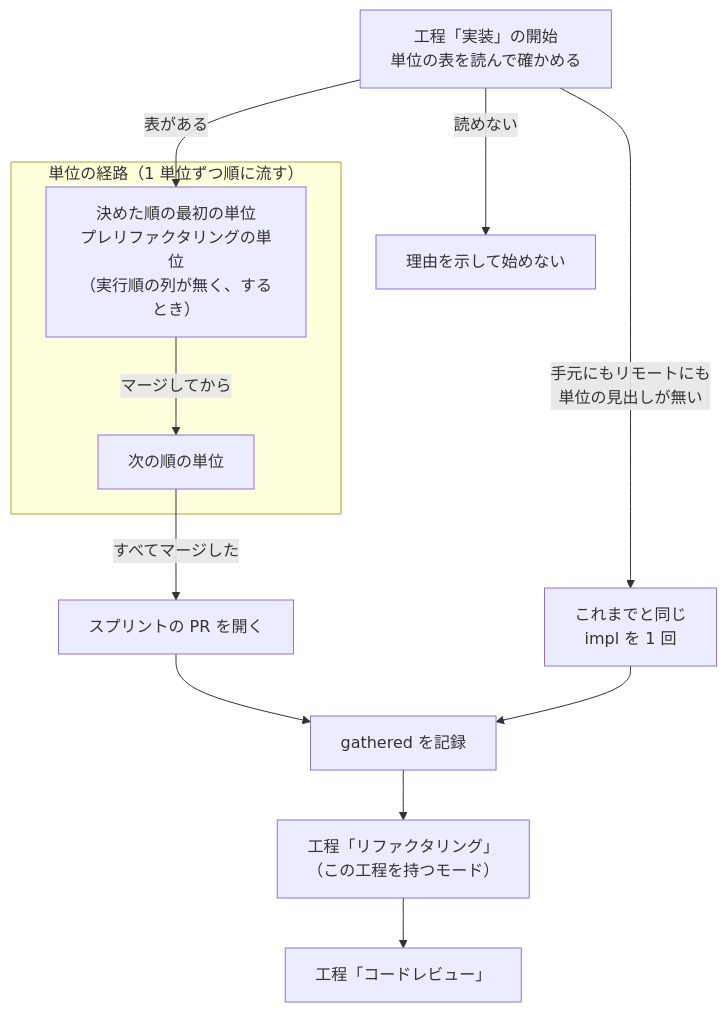
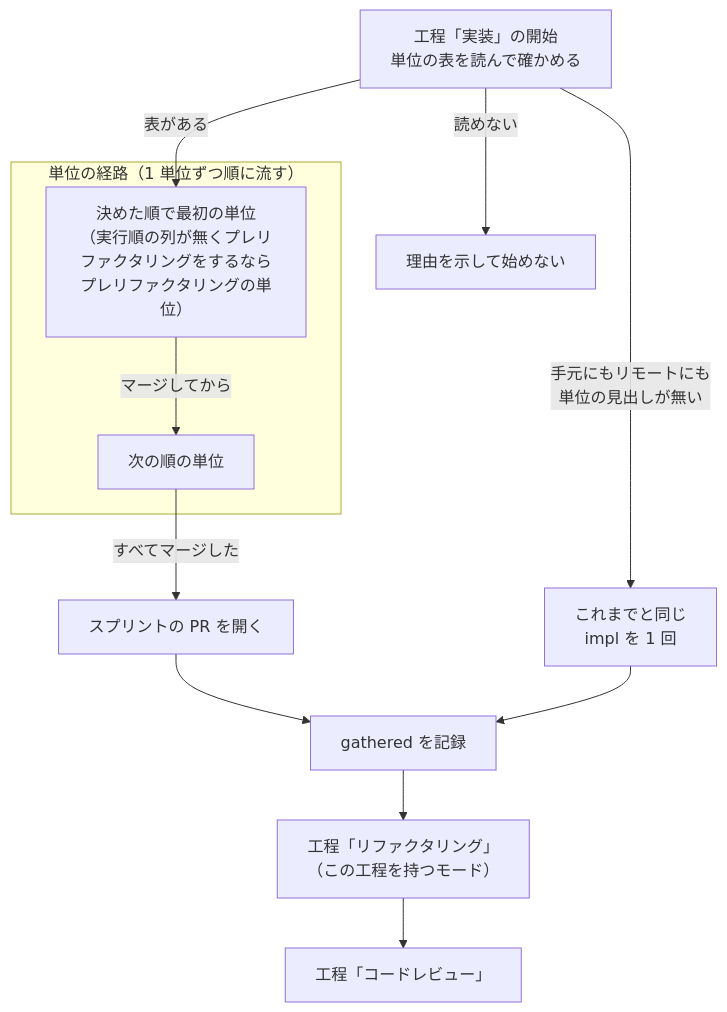
One commit to devbasex/ai-plugins changed the second of 5 diagrams in issues/issue-4369-design.md. Above: the diagram before and after it, drawn with Mermaid. The commit also changed other lines of this file and 1 other file, not shown here.

First line of the commit message:
Docs: 読み手役の指摘で全体像の図・一覧の後のマージ・閉じた PR の扱いの説明を直す （#4369）

````diff
--- a/issues/issue-4369-design.md
+++ b/issues/issue-4369-design.md
@@ -73,15 +73,15 @@
 ```mermaid
 flowchart TB
   S["工程「実装」の開始<br/>単位の表を読んで確かめる"]
   S -->|読めない| STOP["理由を示して始めない"]
   S -->|手元にもリモートにも<br/>単位の見出しが無い| OLD["これまでと同じ<br/>impl を 1 回"]
   S -->|表がある| PRE
   subgraph UNITS["単位の経路（1 単位ずつ順に流す）"]
-    PRE["決めた順の最初の単位<br/>プレリファクタリングの単位<br/>（実行順の列が無く、するとき）"] -->|マージしてから| U["次の順の単位"]
+    PRE["決めた順で最初の単位<br/>（実行順の列が無くプレリファクタリングをするなら<br/>プレリファクタリングの単位）"] -->|マージしてから| U["次の順の単位"]
   end
   U -->|すべてマージした| PR["スプリントの PR を開く"]
   PR --> G["gathered を記録"]
   OLD --> G
   G --> R["工程「リファクタリング」<br/>（この工程を持つモード）"]
   R --> CR["工程「コードレビュー」"]
 ```
````
